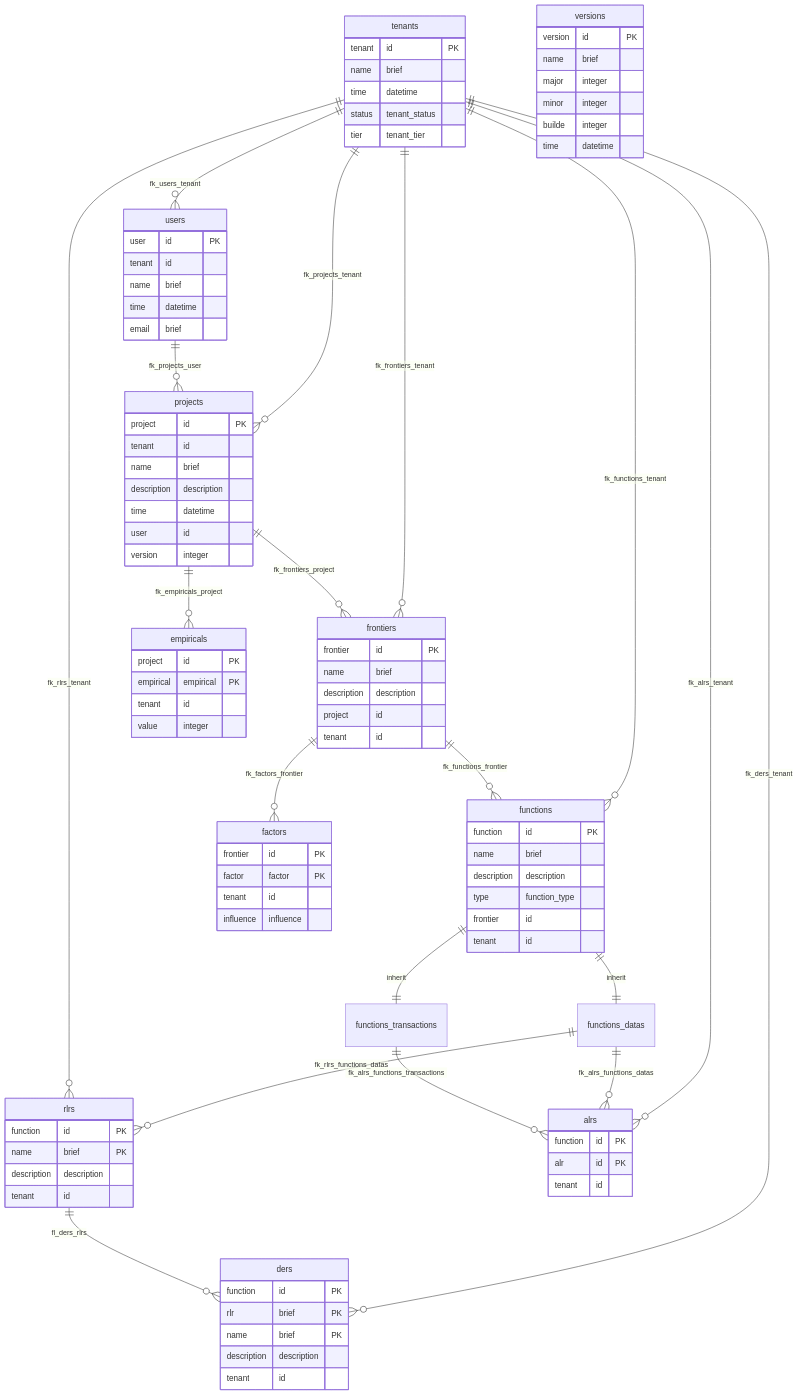
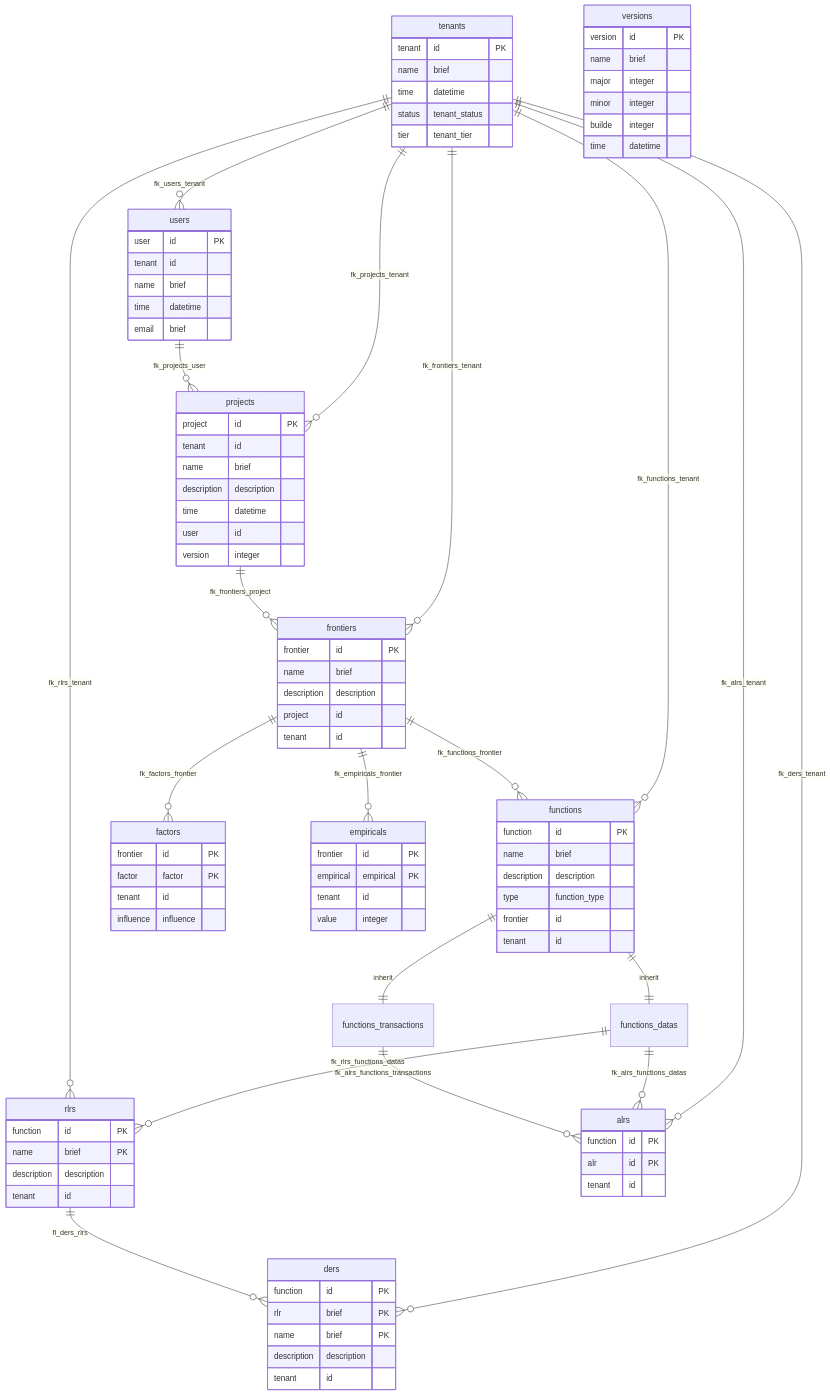
One commit to LVRodrigues/fpa-management changed the diagram in database/diagram.md. Above: the diagram before and after it, drawn with Mermaid. The commit also changed 10 other files, not shown here.

Commit message:
Empiricals now belong to the Frontier.

```diff
--- a/database/diagram.md
+++ b/database/diagram.md
@@ -14,11 +14,11 @@
 
     users                   ||--o{ projects: fk_projects_user
 
-    projects                ||--o{ empiricals: fk_empiricals_project
     projects                ||--o{ frontiers: fk_frontiers_project
-
+    
     frontiers               ||--o{ functions: fk_functions_frontier
     frontiers               ||--o{ factors: fk_factors_frontier
+    frontiers               ||--o{ empiricals: fk_empiricals_frontier
 
     functions               ||--|| functions_datas: inherit
     functions               ||--|| functions_transactions: inherit
@@ -61,13 +61,6 @@
         version     integer
     }
 
-    empiricals {
-        project     id          PK
-        empirical   empirical   PK
-        tenant      id
-        value       integer
-    }
-
     frontiers {
         frontier    id          PK
         name        brief
@@ -81,6 +74,13 @@
         factor      factor      PK
         tenant      id
         influence   influence
+    }
+
+    empiricals {
+        frontier    id          PK
+        empirical   empirical   PK
+        tenant      id
+        value       integer
     }
 
     functions {
```
